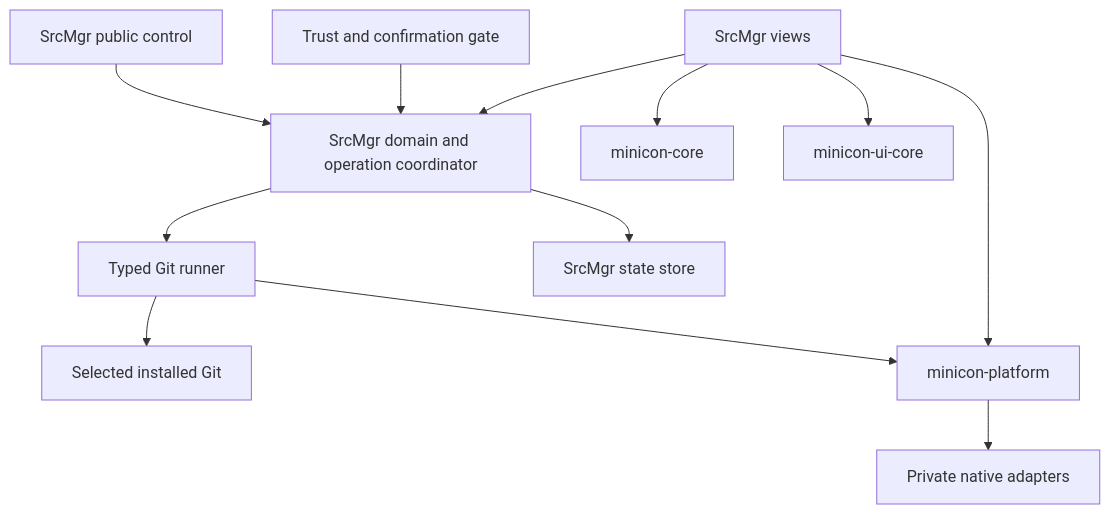
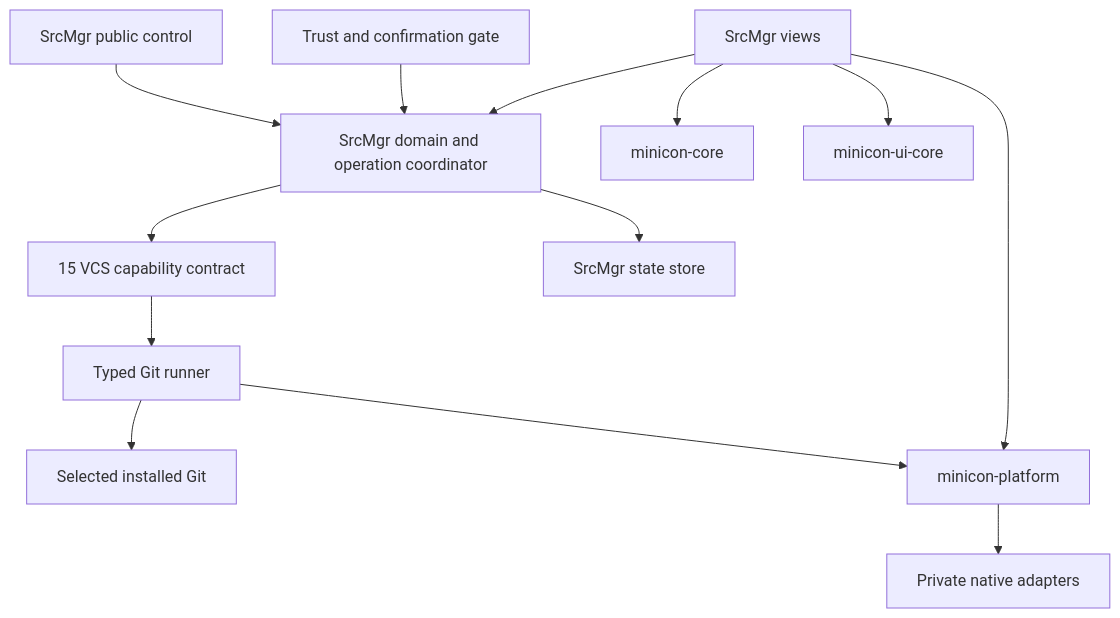
Before and after one commit to partnernetsoftware/minicon-srcmgr: the diagram in prd/PRD_02_architecture_reuse.md, drawn with Mermaid. The commit also changed other lines of this file and 9 other files, not shown here.

````diff
--- a/prd/PRD_02_architecture_reuse.md
+++ b/prd/PRD_02_architecture_reuse.md
@@ -15,11 +16,12 @@
 ```mermaid
 flowchart TD
     UI["SrcMgr views"] --> DOMAIN["SrcMgr domain and operation coordinator"]
     AUTO["SrcMgr public control"] --> DOMAIN
-    DOMAIN --> RUN["Typed Git runner"] --> GIT["Selected installed Git"]
+    DOMAIN --> BACKEND["15 VCS capability contract"]
+    BACKEND --> RUN["Typed Git runner"] --> GIT["Selected installed Git"]
     UI --> CORE["minicon-core"] & RENDER["minicon-ui-core"]
     RUN & UI --> PLATFORM["minicon-platform"]
     PLATFORM --> OS["Private native adapters"]
     DOMAIN --> STORE["SrcMgr state store"]
     TRUST["Trust and confirmation gate"] --> DOMAIN
 ```
````
